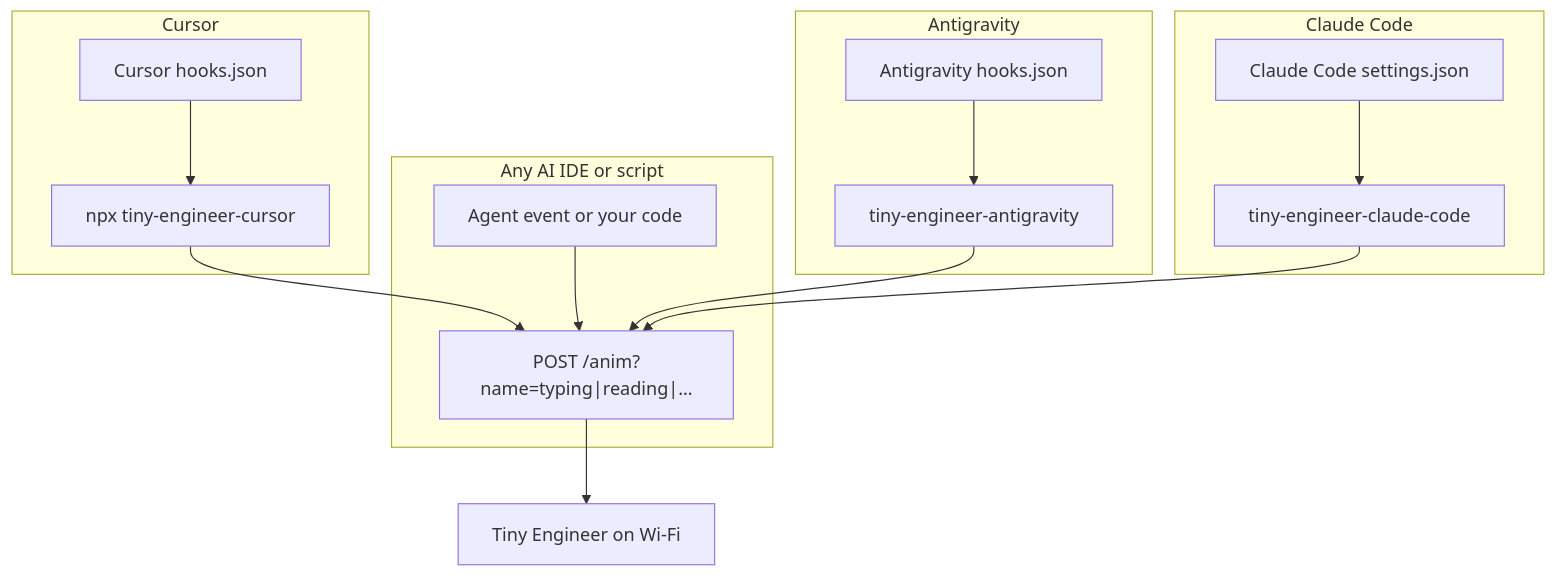
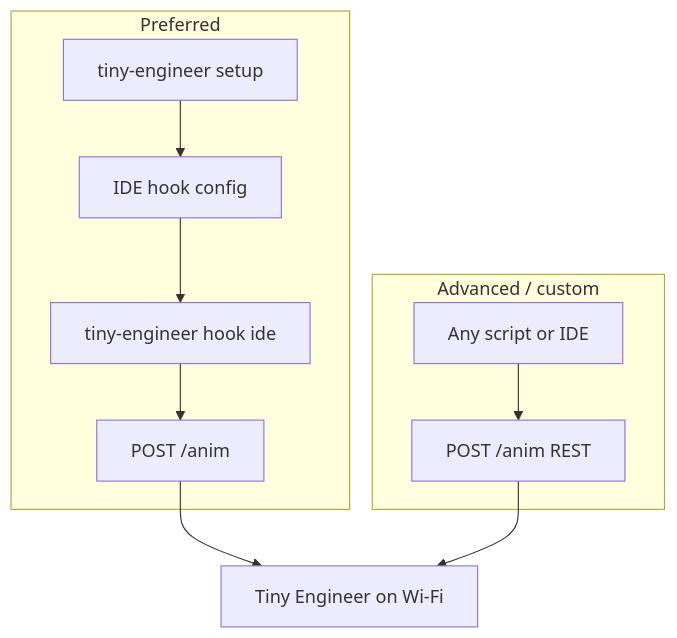
The diagram in docs/integration.md (jamro/tiny-engineer), drawn with Mermaid before and after one commit. The commit also changed other lines of this file and 16 other files, not shown here.

Commit message:
refactor(integrations): unify Tiny Engineer CLI under 'tiny-engineer' name, deprecate individual CLI packages

````diff
--- a/docs/integration.md
+++ b/docs/integration.md
@@ -16,23 +12,14 @@
 ```mermaid
 flowchart TB
-  subgraph anyIde [Any AI IDE or script]
-    HookOrScript[Agent event or your code]
-    HookOrScript --> Post["POST /anim?name=typing|reading|…"]
+  subgraph preferred [Preferred]
+    Setup["tiny-engineer setup"]
+    Setup --> Hooks[IDE hook config]
+    Hooks --> Cli["tiny-engineer hook ide"]
+    Cli --> Anim["POST /anim"]
   end
-  subgraph cursorPath [Cursor]
-    CursorHook[Cursor hooks.json]
-    CursorHook --> Npx["npx tiny-engineer-cursor"]
-    Npx --> Post
+  subgraph advanced [Advanced / custom]
+    Script[Any script or IDE] --> Rest["POST /anim REST"]
   end
-  subgraph antigravityPath [Antigravity]
-    AgHook[Antigravity hooks.json]
-    AgHook --> AgCli["tiny-engineer-antigravity"]
-    AgCli --> Post
-  end
-  subgraph claudeCodePath [Claude Code]
-    CcHook[Claude Code settings.json]
-    CcHook --> CcCli["tiny-engineer-claude-code"]
-    CcCli --> Post
-  end
-  Post --> Robot[Tiny Engineer on Wi-Fi]
+  Anim --> Robot[Tiny Engineer on Wi-Fi]
+  Rest --> Robot
 ```
````
